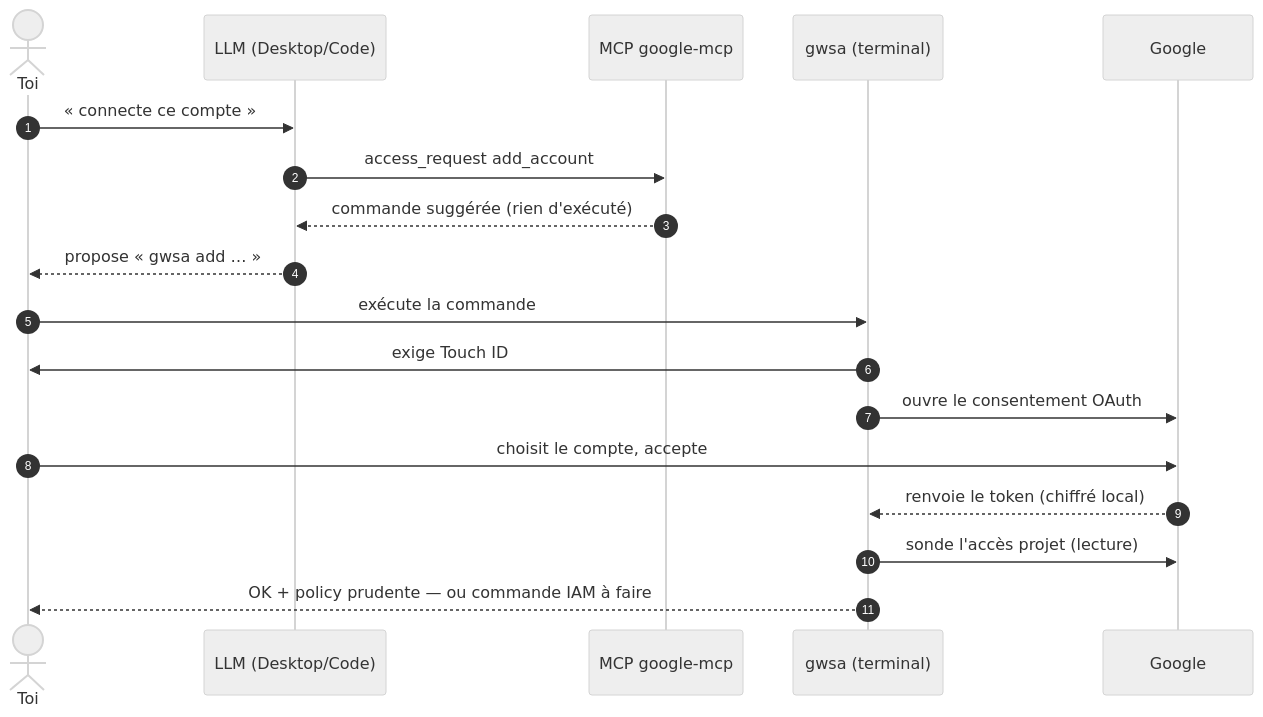
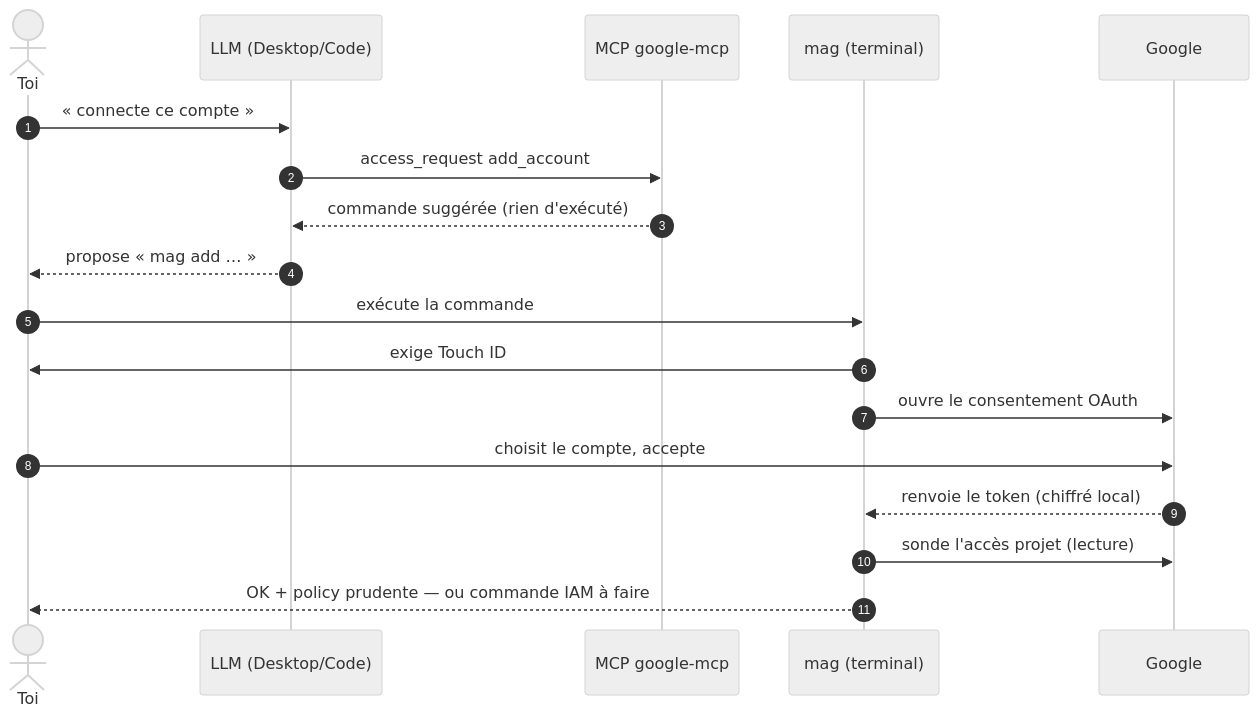
Before and after one commit to elzinko/google-mcp-multi-account: the diagram in diagrams/onboarding-add-account-elicite/README.md, drawn with Mermaid (neutral theme). The commit also changed 123 other files, not shown here.

````diff
--- a/diagrams/onboarding-add-account-elicite/README.md
+++ b/diagrams/onboarding-add-account-elicite/README.md
@@ -20,22 +20,22 @@
 ```mermaid
 sequenceDiagram
     autonumber
     actor Toi
     participant LLM as LLM (Desktop/Code)
     participant MCP as MCP google-mcp
-    participant GWSA as gwsa (terminal)
+    participant GWSA as mag (terminal)
     participant Google
 
     Toi->>LLM: « connecte ce compte »
     LLM->>MCP: access_request add_account
     MCP-->>LLM: commande suggérée (rien d'exécuté)
-    LLM-->>Toi: propose « gwsa add … »
+    LLM-->>Toi: propose « mag add … »
     Toi->>GWSA: exécute la commande
     GWSA->>Toi: exige Touch ID
     GWSA->>Google: ouvre le consentement OAuth
     Toi->>Google: choisit le compte, accepte
     Google-->>GWSA: renvoie le token (chiffré local)
     GWSA->>Google: sonde l'accès projet (lecture)
     GWSA-->>Toi: OK + policy prudente — ou commande IAM à faire
 
 ```
````
